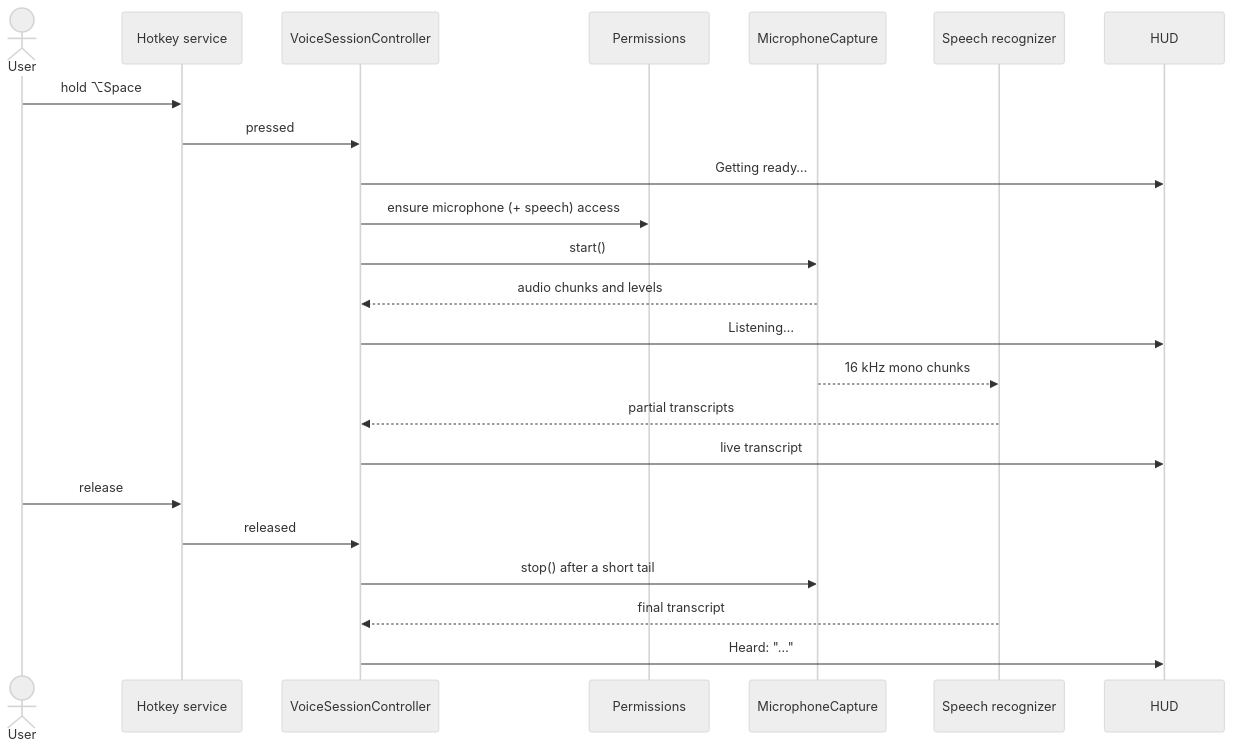
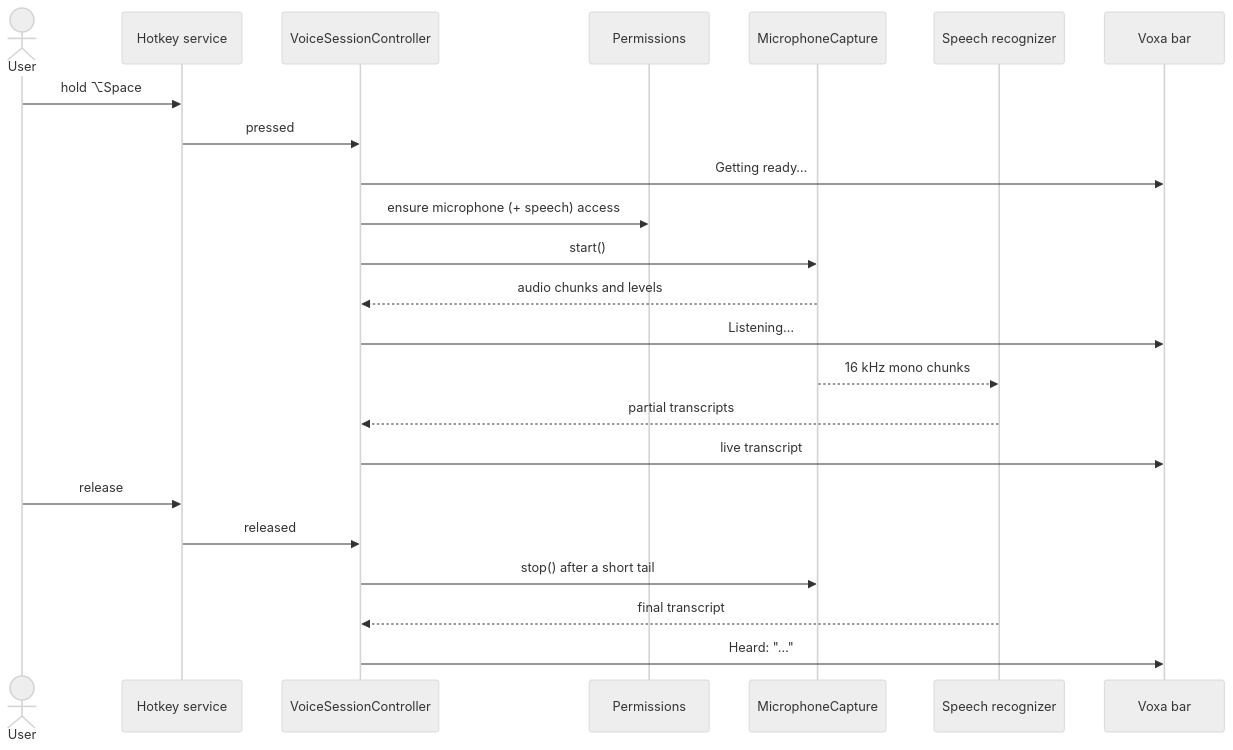
The first of 2 diagrams in README.md (connectstack/voxa), drawn with Mermaid (neutral theme) before and after one commit. The commit also changed other lines of this file and 78 other files, not shown here.

````diff
--- a/README.md
+++ b/README.md
@@ -143,25 +181,25 @@
 ```mermaid
 sequenceDiagram
     actor User
     participant HK as Hotkey service
     participant S as VoiceSessionController
     participant P as Permissions
     participant M as MicrophoneCapture
     participant R as Speech recognizer
-    participant H as HUD
+    participant H as Voxa bar
     User->>HK: hold ⌥Space
     HK->>S: pressed
     S->>H: Getting ready…
     S->>P: ensure microphone (+ speech) access
     S->>M: start()
     M-->>S: audio chunks and levels
     S->>H: Listening…
     M-->>R: 16 kHz mono chunks
     R-->>S: partial transcripts
     S->>H: live transcript
     User->>HK: release
     HK->>S: released
     S->>M: stop() after a short tail
     R-->>S: final transcript
     S->>H: Heard: "…"
 ```
````
